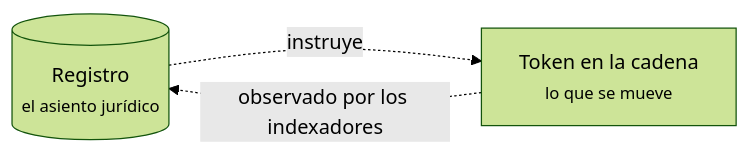
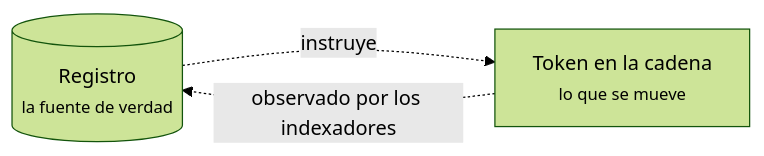
Before and after one commit to makibytes/registerwerk: the diagram in docs/customer/index.es.md, drawn with Mermaid (forest theme). The commit also changed other lines of this file and 203 other files, not shown here.

````diff
--- a/docs/customer/index.es.md
+++ b/docs/customer/index.es.md
@@ -75,7 +75,7 @@
 ```mermaid
 graph LR
-    R[("Registro<br/><small>el asiento jurídico</small>")]
+    R[("Registro<br/><small>la fuente de verdad</small>")]
     T["Token en la cadena<br/><small>lo que se mueve</small>"]
     R -.->|"instruye"| T
     T -.->|"observado por los indexadores"| R
 ```
````
